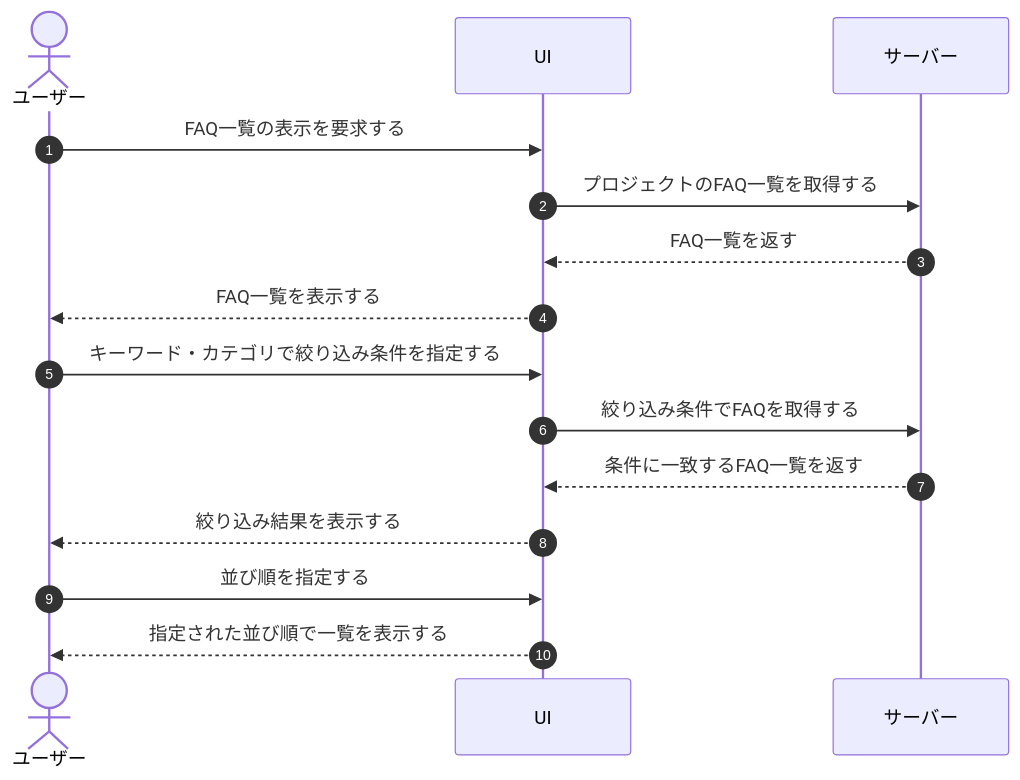
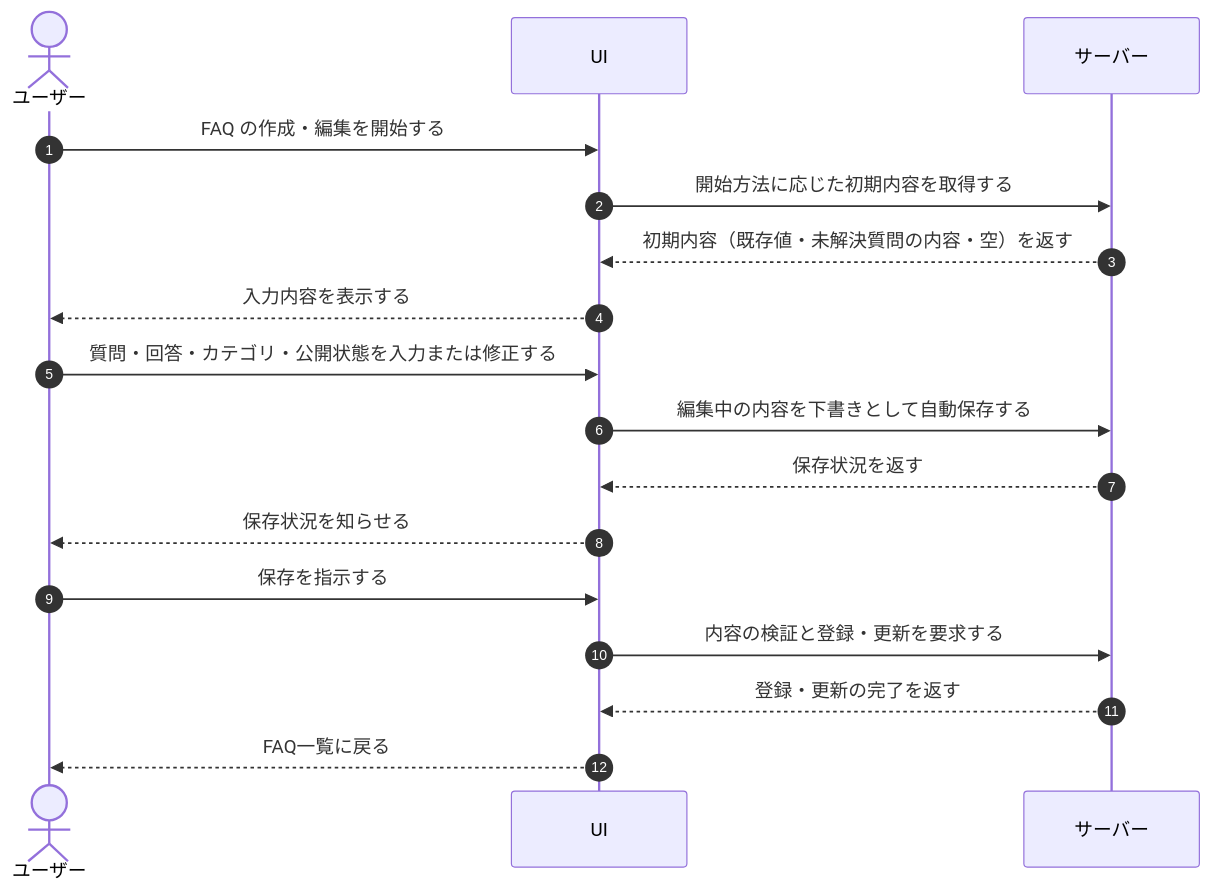
One commit to sikakou54/open-faq changed the diagram in 01_requirements/04_business_usecases/UC-024.md. Above: the diagram before and after it, drawn with Mermaid. The commit also changed other lines of this file and 395 other files, not shown here.

````diff
--- a/01_requirements/04_business_usecases/UC-024.md
+++ b/01_requirements/04_business_usecases/UC-024.md
@@ -26,18 +26,20 @@
 ```mermaid
 sequenceDiagram
   autonumber
   actor U as ユーザー
   participant UI as UI
   participant S as サーバー
 
-  U->>UI: FAQ一覧の表示を要求する
-  UI->>S: プロジェクトのFAQ一覧を取得する
-  S-->>UI: FAQ一覧を返す
-  UI-->>U: FAQ一覧を表示する
-  U->>UI: キーワード・カテゴリで絞り込み条件を指定する
-  UI->>S: 絞り込み条件でFAQを取得する
-  S-->>UI: 条件に一致するFAQ一覧を返す
-  UI-->>U: 絞り込み結果を表示する
-  U->>UI: 並び順を指定する
-  UI-->>U: 指定された並び順で一覧を表示する
+  U->>UI: FAQ の作成・編集を開始する
+  UI->>S: 開始方法に応じた初期内容を取得する
+  S-->>UI: 初期内容（既存値・未解決質問の内容・空）を返す
+  UI-->>U: 入力内容を表示する
+  U->>UI: 質問・回答・カテゴリ・公開状態を入力または修正する
+  UI->>S: 編集中の内容を下書きとして自動保存する
+  S-->>UI: 保存状況を返す
+  UI-->>U: 保存状況を知らせる
+  U->>UI: 保存を指示する
+  UI->>S: 内容の検証と登録・更新を要求する
+  S-->>UI: 登録・更新の完了を返す
+  UI-->>U: FAQ一覧に戻る
 ```
````
